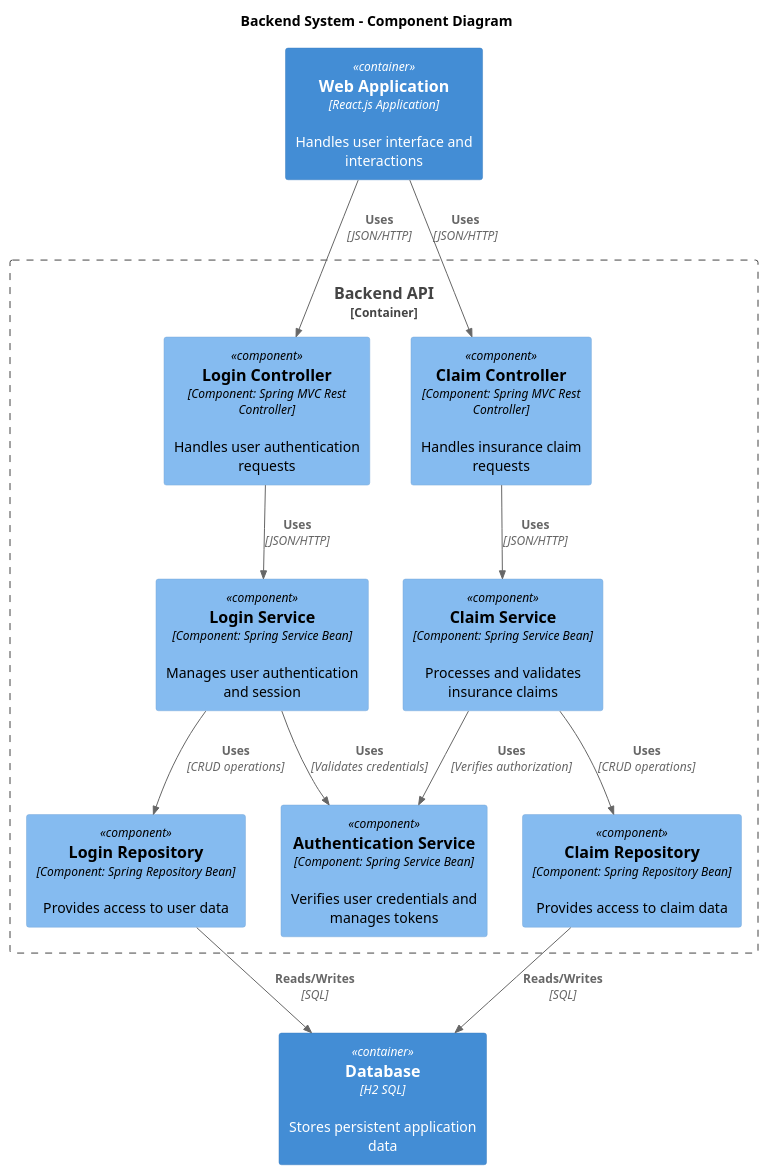
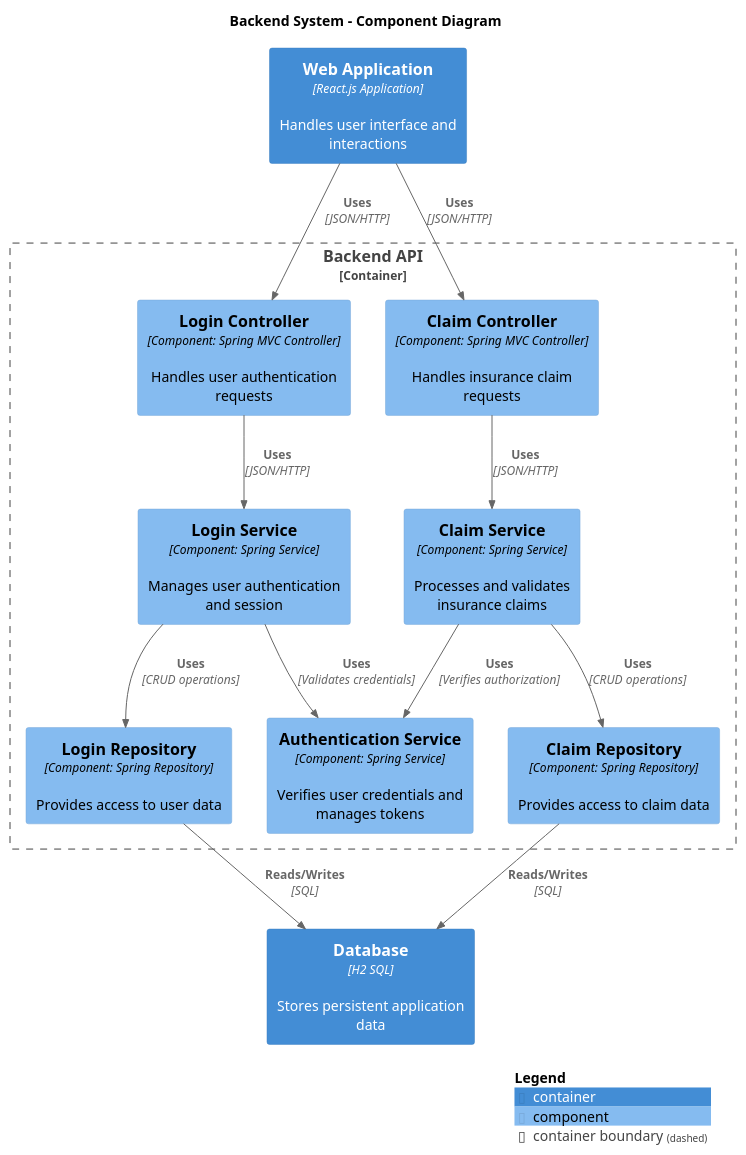
The diagram in diagram/component/Simon_FSWD_ComponentDiagram.puml (AIM-ENE-feb25/triptop-groep-1-met-third-wheel), drawn with PlantUML before and after one commit. The commit also changed 2 other files, not shown here.

```diff
--- a/diagram/component/Simon_FSWD_ComponentDiagram.puml
+++ b/diagram/component/Simon_FSWD_ComponentDiagram.puml
@@ -1,41 +1,45 @@
 @startuml Backend C4 Component Diagram
 
 !include https://raw.githubusercontent.com/plantuml-stdlib/C4-PlantUML/master/C4_Component.puml
+HIDE_STEREOTYPE()
 
 title "Backend System - Component Diagram"
 
 Container(web_app, "Web Application", "React.js Application", "Handles user interface and interactions")
 
 Container_Boundary(backend, "Backend API") {
-    Component(login_controller, "Login Controller", "Component: Spring MVC Rest Controller", "Handles user authentication requests")
-    Component(claim_controller, "Claim Controller", "Component: Spring MVC Rest Controller", "Handles insurance claim requests")
+    Component(login_controller, "Login Controller", "Component: Spring MVC Controller", "Handles user authentication requests")
+    Component(claim_controller, "Claim Controller", "Component: Spring MVC Controller", "Handles insurance claim requests")
 
-    Component(login_service, "Login Service", "Component: Spring Service Bean", "Manages user authentication and session")
-    Component(claim_service, "Claim Service", "Component: Spring Service Bean", "Processes and validates insurance claims")
-    Component(auth_service, "Authentication Service", "Component: Spring Service Bean", "Verifies user credentials and manages tokens")
+    Component(login_service, "Login Service", "Component: Spring Service", "Manages user authentication and session")
+    Component(claim_service, "Claim Service", "Component: Spring Service", "Processes and validates insurance claims")
+    Component(auth_service, "Authentication Service", "Component: Spring Service", "Verifies user credentials and manages tokens")
 
-    Component(login_repo, "Login Repository", "Component: Spring Repository Bean", "Provides access to user data")
-    Component(claim_repo, "Claim Repository", "Component: Spring Repository Bean", "Provides access to claim data")
+    Component(login_repo, "Login Repository", "Component: Spring Repository", "Provides access to user data")
+    Component(claim_repo, "Claim Repository", "Component: Spring Repository", "Provides access to claim data")
 }
 
 ' Define frontend relationships
 Rel(web_app, login_controller, "Uses", "JSON/HTTP")
 Rel(web_app, claim_controller, "Uses", "JSON/HTTP")
 
 ' Define internal relationships
 Rel(login_controller, login_service, "Uses", "JSON/HTTP")
 Rel(claim_controller, claim_service, "Uses", "JSON/HTTP")
 
 Rel(login_service, auth_service, "Uses", "Validates credentials")
 Rel(login_service, login_repo, "Uses", "CRUD operations")
 
 Rel(claim_service, claim_repo, "Uses", "CRUD operations")
 Rel(claim_service, auth_service, "Uses", "Verifies authorization")
 
 
 Container(database, "Database", "H2 SQL", "Stores persistent application data")
 
 ' Define database relationships
 Rel(login_repo, database, "Reads/Writes", "SQL")
 Rel(claim_repo, database, "Reads/Writes", "SQL")
+
+SHOW_LEGEND()
+
 @enduml
```
